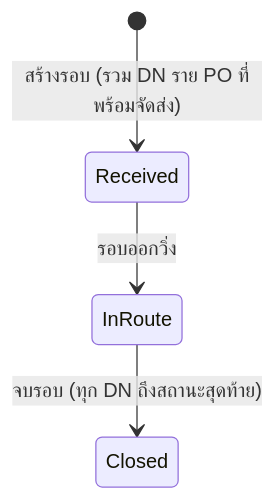
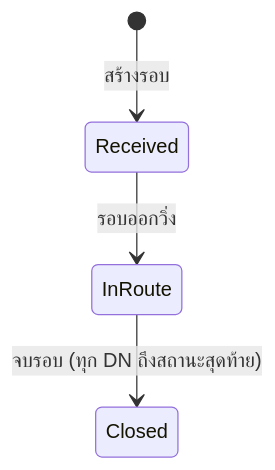
The fifth of 7 diagrams in docs/requirements/erp-v2-ui-first/status-journeys.md (sitthi-phat/erp-cosmetics-manufacturing-module), drawn with Mermaid before and after one commit. The commit also changed other lines of this file and 16 other files, not shown here.

````diff
--- a/docs/requirements/erp-v2-ui-first/status-journeys.md
+++ b/docs/requirements/erp-v2-ui-first/status-journeys.md
@@ -146,6 +147,6 @@
 ```mermaid
 stateDiagram-v2
-    [*] --> Received: สร้างรอบ (รวม DN ราย PO ที่พร้อมจัดส่ง)
+    [*] --> Received: สร้างรอบ
     Received --> InRoute: รอบออกวิ่ง
     InRoute --> Closed: จบรอบ (ทุก DN ถึงสถานะสุดท้าย)
 ```
````
